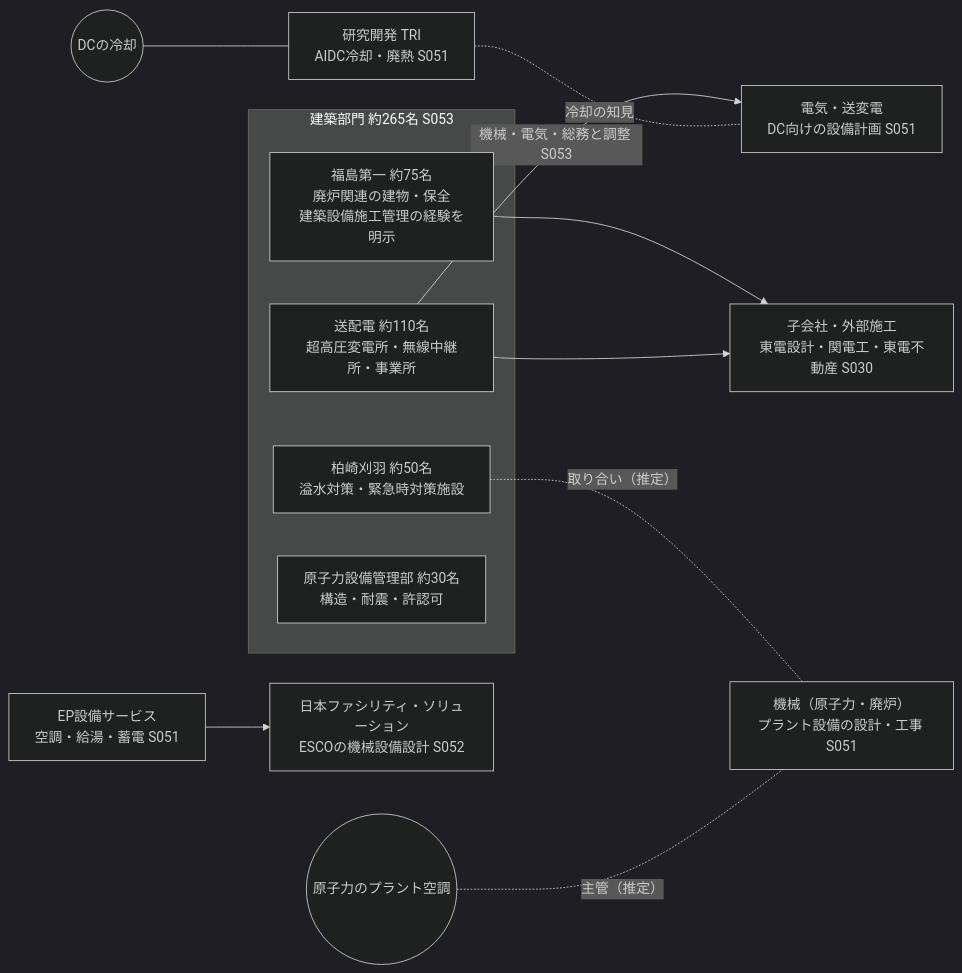
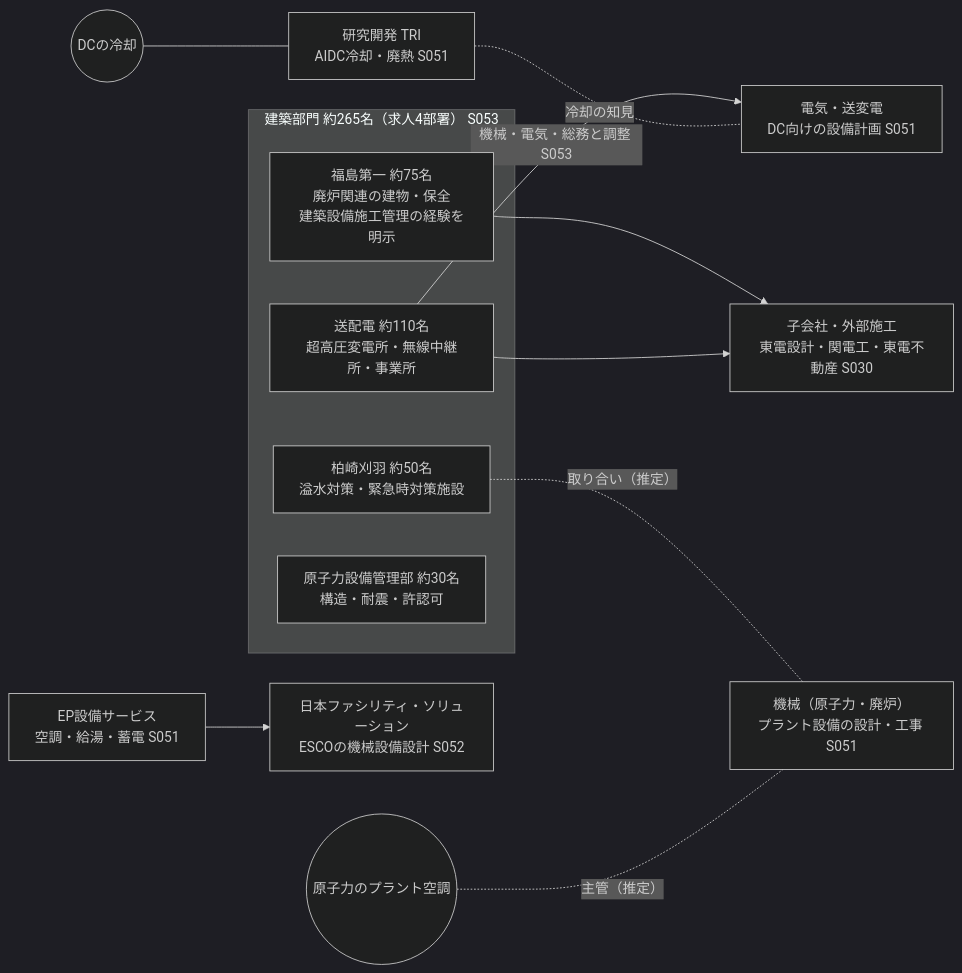
Before and after one commit to csta24055-sys/-: the tenth of 13 diagrams in research/08_因果関係図・企業関係図/08_図表集.md, drawn with Mermaid (dark theme). The commit also changed other lines of this file and 145 other files, not shown here.

````diff
--- a/research/08_因果関係図・企業関係図/08_図表集.md
+++ b/research/08_因果関係図・企業関係図/08_図表集.md
@@ -217,23 +217,23 @@
 ```mermaid
 flowchart LR
-  subgraph 建築部門[建築部門 約265名 S053]
+  subgraph 建築部門[建築部門 約265名（求人4部署） S053]
     ARCH1[福島第一 約75名<br/>廃炉関連の建物・保全<br/>建築設備施工管理の経験を明示]
     ARCH2[柏崎刈羽 約50名<br/>溢水対策・緊急時対策施設]
     ARCH3[送配電 約110名<br/>超高圧変電所・無線中継所・事業所]
     ARCH4[原子力設備管理部 約30名<br/>構造・耐震・許認可]
   end
   MECH[機械（原子力・廃炉）<br/>プラント設備の設計・工事 S051]
   ELEC[電気・送変電<br/>DC向けの設備計画 S051]
   TRI[研究開発 TRI<br/>AIDC冷却・廃熱 S051]
   EP[EP設備サービス<br/>空調・給湯・蓄電 S051]
   JFS[日本ファシリティ・ソリューション<br/>ESCOの機械設備設計 S052]
   SUB[子会社・外部施工<br/>東電設計・関電工・東電不動産 S030]
   ARCH2 -. 取り合い（推定） .- MECH
   ARCH3 -->|機械・電気・総務と調整 S053| ELEC
   ARCH1 --> SUB
   ARCH3 --> SUB
   EP --> JFS
   TRI -. 冷却の知見 .- ELEC
   NUCHVAC((原子力のプラント空調)) -. 主管（推定） .- MECH
   DCCOOL((DCの冷却)) --- TRI
 ```
````
